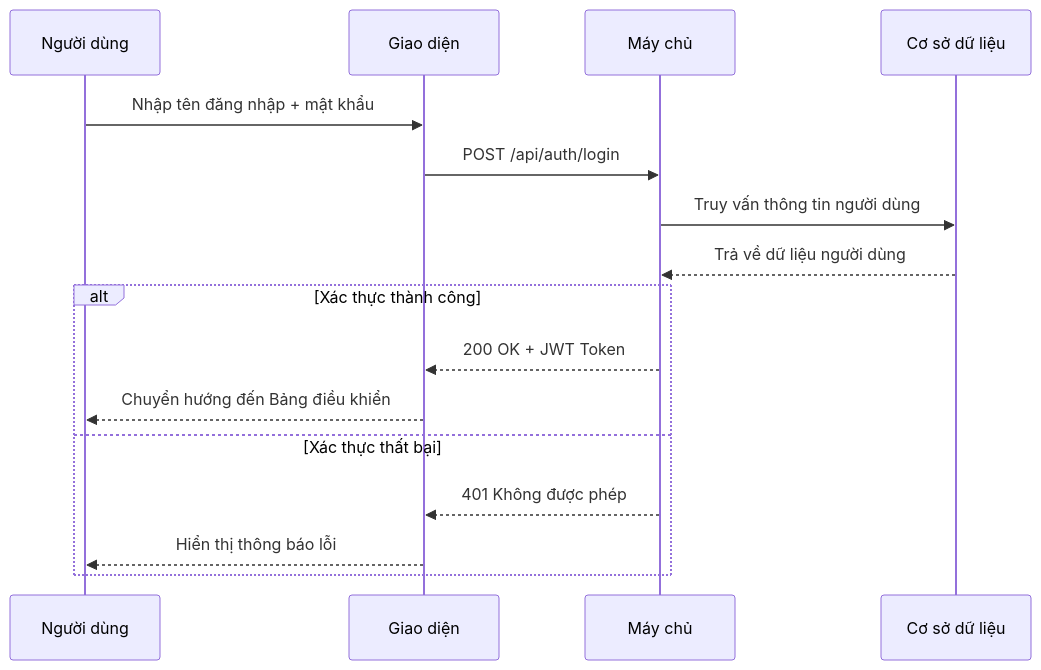
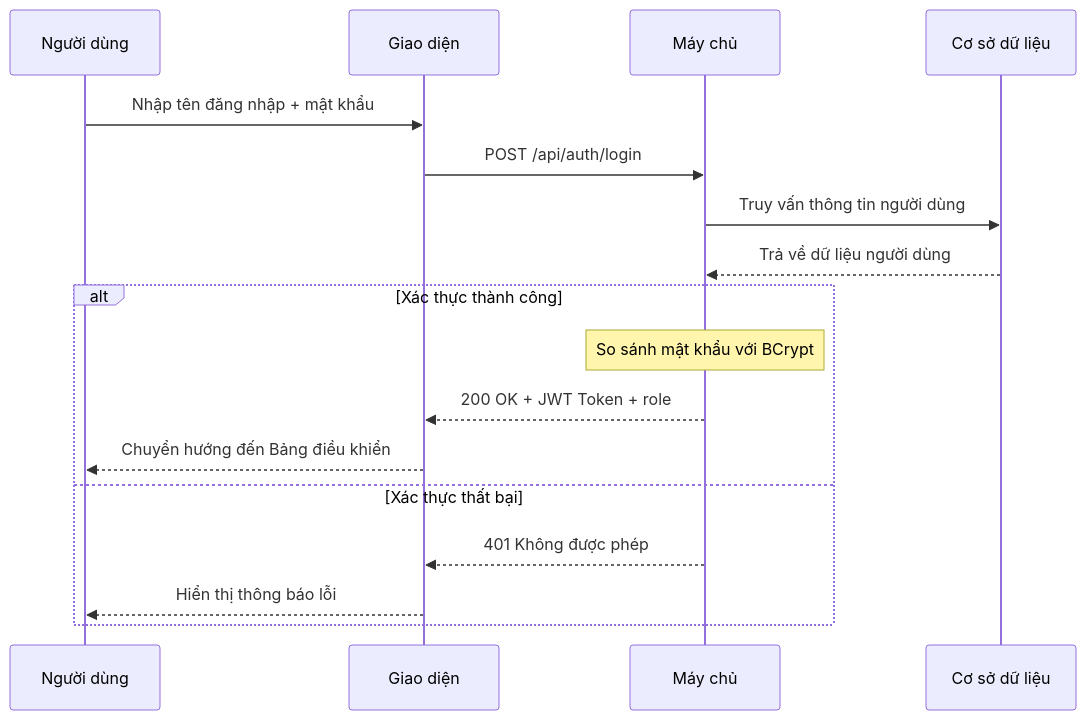
The seventh of 17 diagrams in docs/UML_DIAGRAMS.md (nhathao428/taskhub), drawn with Mermaid before and after one commit. The commit also changed other lines of this file, not shown here.

First line of the commit message:
docs: update UML_DIAGRAMS.md with class diagram, fixed AI sequence, and activity diagrams

````diff
--- a/docs/UML_DIAGRAMS.md
+++ b/docs/UML_DIAGRAMS.md
@@ -80,19 +236,20 @@
 ```mermaid
 sequenceDiagram
     participant ND as Người dùng
     participant FE as Giao diện
     participant BE as Máy chủ
     participant DB as Cơ sở dữ liệu
 
     ND->>FE: Nhập tên đăng nhập + mật khẩu
     FE->>BE: POST /api/auth/login
     BE->>DB: Truy vấn thông tin người dùng
     DB-->>BE: Trả về dữ liệu người dùng
     alt Xác thực thành công
-        BE-->>FE: 200 OK + JWT Token
+        Note over BE: So sánh mật khẩu với BCrypt
+        BE-->>FE: 200 OK + JWT Token + role
         FE-->>ND: Chuyển hướng đến Bảng điều khiển
     else Xác thực thất bại
         BE-->>FE: 401 Không được phép
         FE-->>ND: Hiển thị thông báo lỗi
     end
 ```
````
